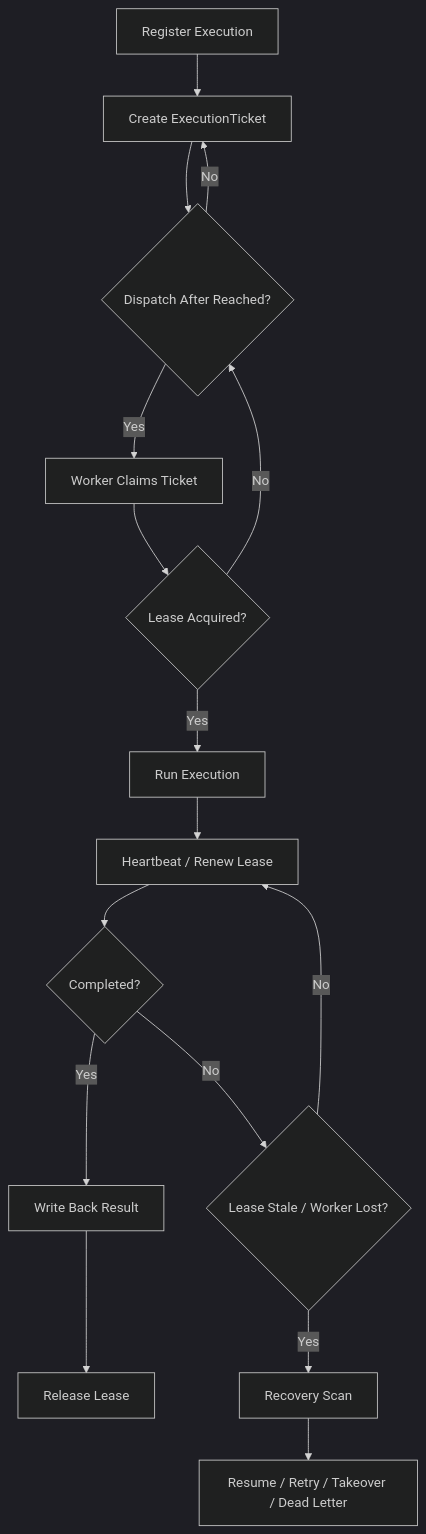
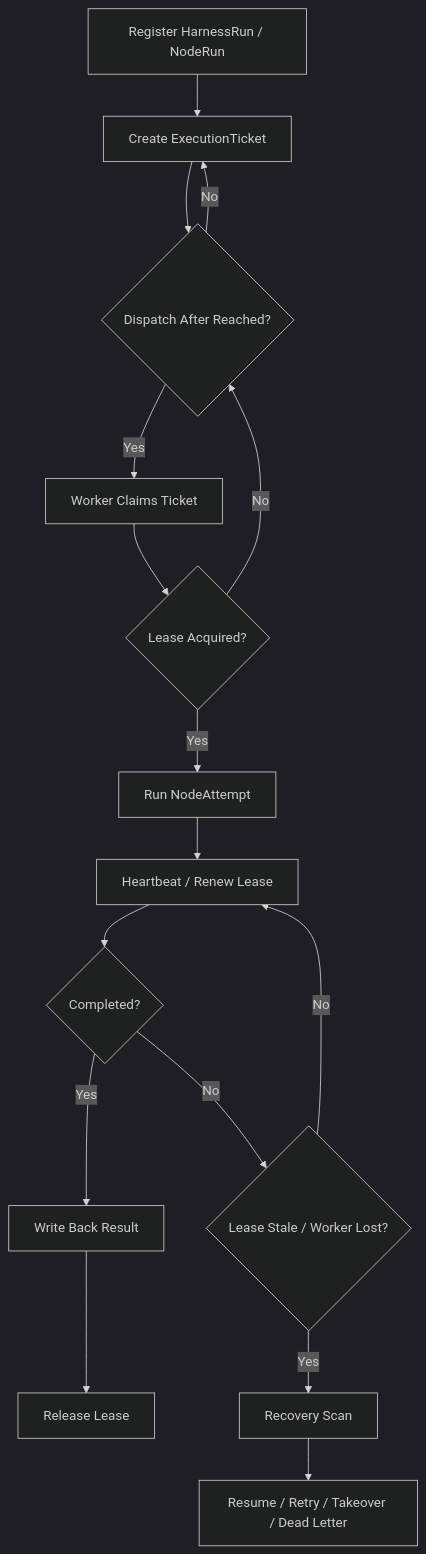
One commit to HoldenShen-hz/automatic-agent-platform changed the third of 3 diagrams in docs_zh/contracts/execution_plane_contract.md. Above: the diagram before and after it, drawn with Mermaid (dark theme). The commit also changed other lines of this file and 433 other files, not shown here.

````diff
--- a/docs_zh/contracts/execution_plane_contract.md
+++ b/docs_zh/contracts/execution_plane_contract.md
@@ -320,18 +342,18 @@
 ```mermaid
 flowchart TD
-    A["Register Execution"] --> B["Create ExecutionTicket"]
+    A["Register HarnessRun / NodeRun"] --> B["Create ExecutionTicket"]
     B --> C{"Dispatch After Reached?"}
     C -- "No" --> B
     C -- "Yes" --> D["Worker Claims Ticket"]
     D --> E{"Lease Acquired?"}
     E -- "No" --> C
-    E -- "Yes" --> F["Run Execution"]
+    E -- "Yes" --> F["Run NodeAttempt"]
     F --> G["Heartbeat / Renew Lease"]
     G --> H{"Completed?"}
     H -- "Yes" --> I["Write Back Result"]
     I --> J["Release Lease"]
     H -- "No" --> K{"Lease Stale / Worker Lost?"}
     K -- "No" --> G
     K -- "Yes" --> L["Recovery Scan"]
     L --> M["Resume / Retry / Takeover / Dead Letter"]
 ```
````
